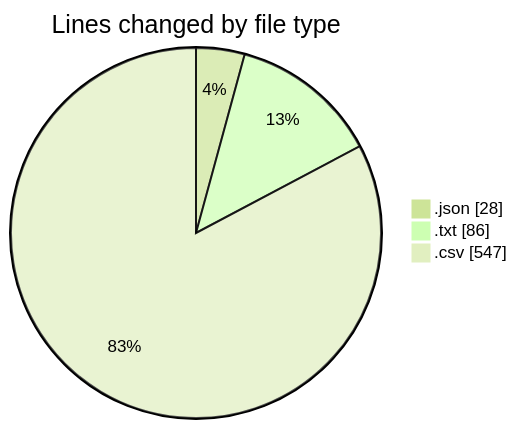
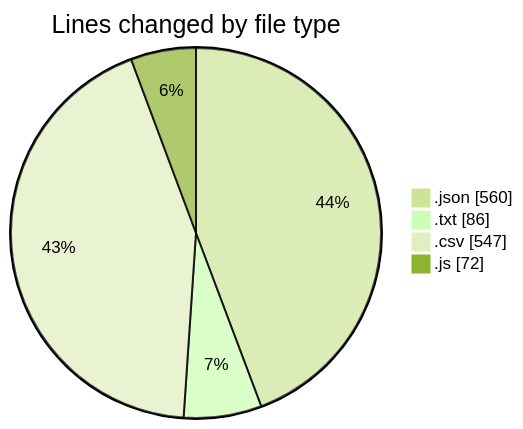
One commit to EIIisD/code-tracking changed the first of 2 diagrams in 2025-07-27/refunds/README.md. Above: the diagram before and after it, drawn with Mermaid (forest theme). The commit also changed other lines of this file and 1 other file, not shown here.

````diff
--- a/2025-07-27/refunds/README.md
+++ b/2025-07-27/refunds/README.md
@@ -23,7 +25,8 @@
 ```mermaid
 pie showData
 title Lines changed by file type
-".json" : 28
+".json" : 560
 ".txt" : 86
 ".csv" : 547
+".js" : 72
 ```
````
